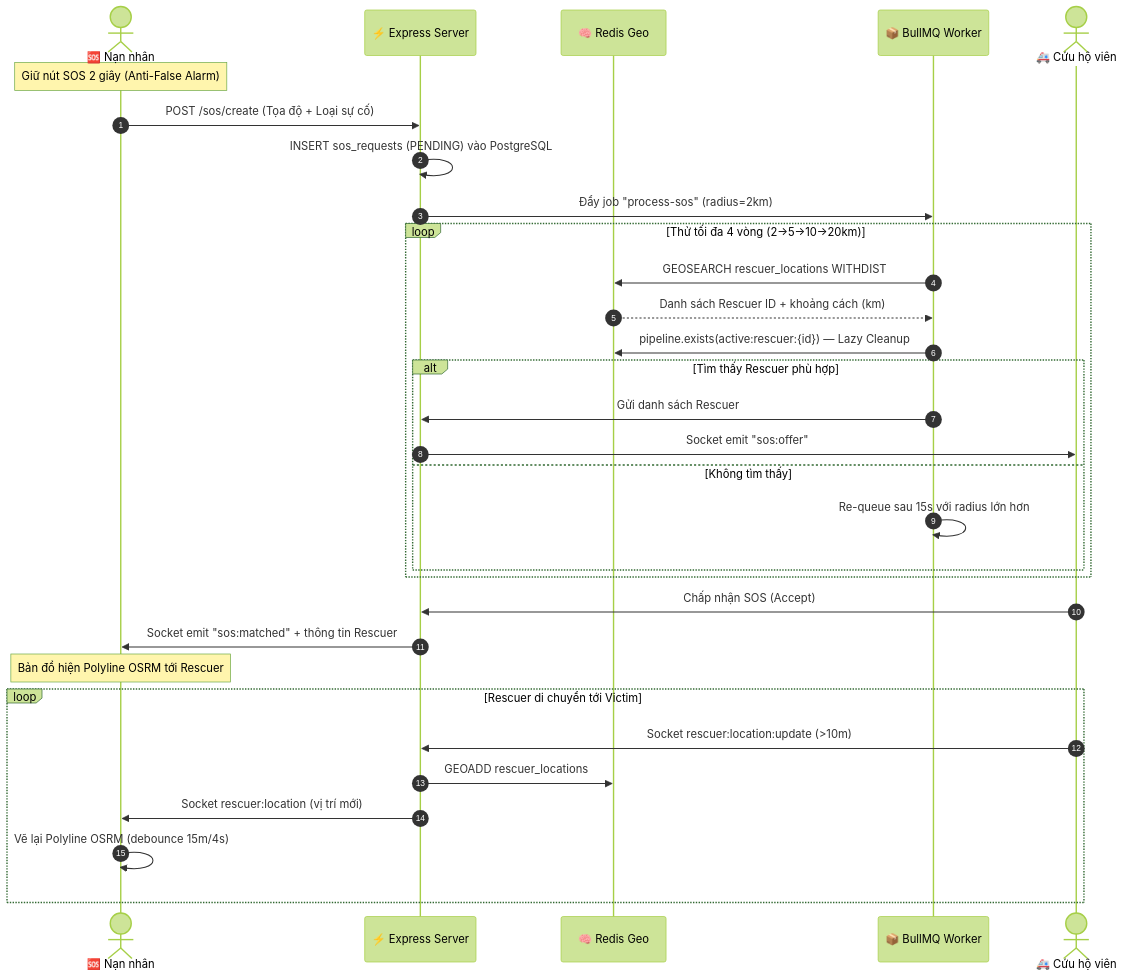
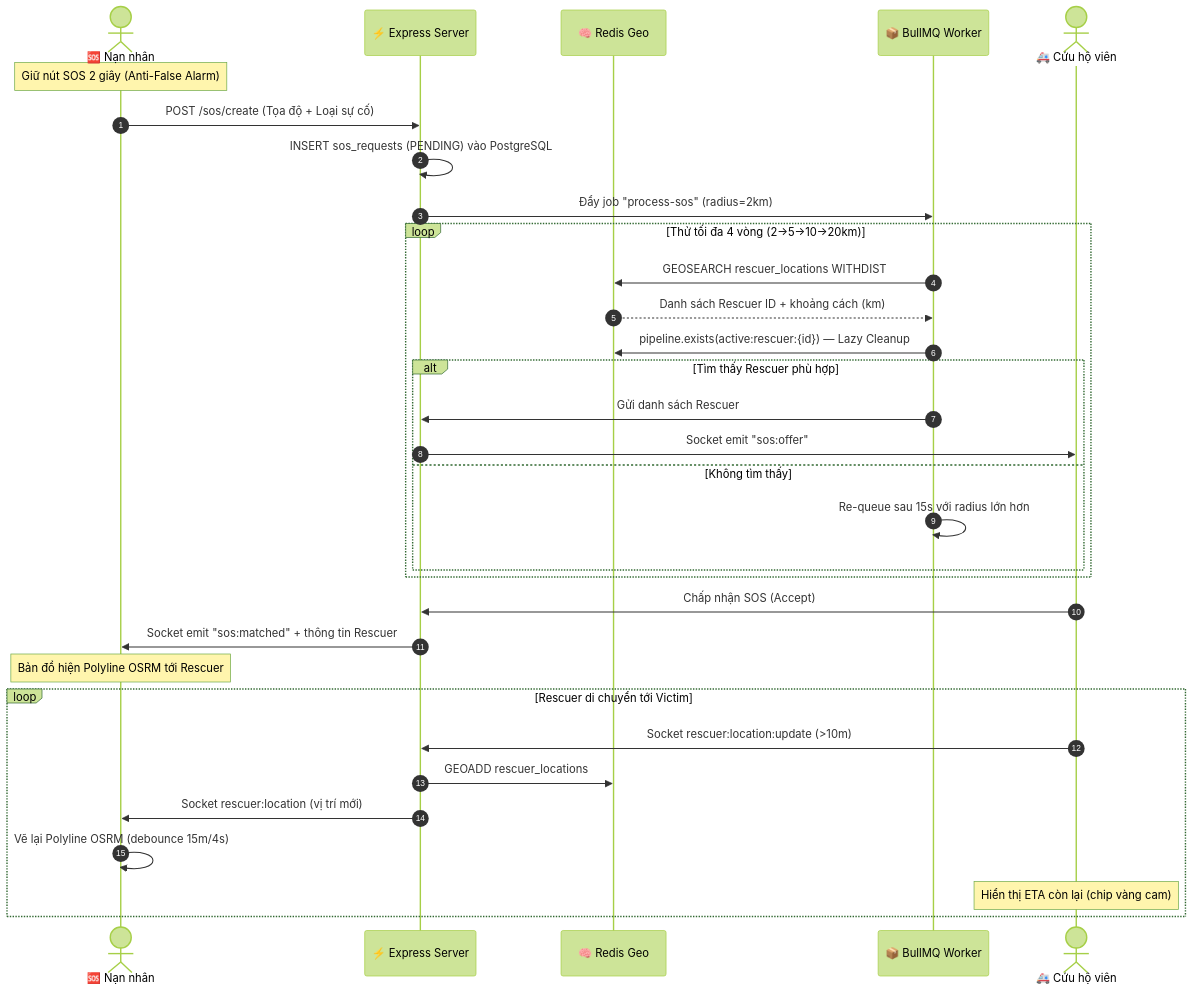
Before and after one commit to AnKhangKN/do_an_tot_nghiep: the diagram in reviews/PROJECT_REVIEW_AND_PROPOSALS.md, drawn with Mermaid (forest theme). The commit also changed other lines of this file and 35 other files, not shown here.

````diff
--- a/reviews/PROJECT_REVIEW_AND_PROPOSALS.md
+++ b/reviews/PROJECT_REVIEW_AND_PROPOSALS.md
@@ -98,37 +165,38 @@
 ```mermaid
 sequenceDiagram
     autonumber
     actor Victim as 🆘 Nạn nhân
     participant Server as ⚡ Express Server
     participant Redis as 🧠 Redis Geo
     participant Worker as 📦 BullMQ Worker
     actor Rescuer as 🚑 Cứu hộ viên
 
     Note over Victim: Giữ nút SOS 2 giây (Anti-False Alarm)
     Victim->>Server: POST /sos/create (Tọa độ + Loại sự cố)
     Server->>Server: INSERT sos_requests (PENDING) vào PostgreSQL
     Server->>Worker: Đẩy job "process-sos" (radius=2km)
 
     loop Thử tối đa 4 vòng (2→5→10→20km)
         Worker->>Redis: GEOSEARCH rescuer_locations WITHDIST
         Redis-->>Worker: Danh sách Rescuer ID + khoảng cách (km)
         Worker->>Redis: pipeline.exists(active:rescuer:{id}) — Lazy Cleanup
         alt Tìm thấy Rescuer phù hợp
             Worker->>Server: Gửi danh sách Rescuer
             Server->>Rescuer: Socket emit "sos:offer"
         else Không tìm thấy
             Worker->>Worker: Re-queue sau 15s với radius lớn hơn
         end
     end
 
     Rescuer->>Server: Chấp nhận SOS (Accept)
     Server->>Victim: Socket emit "sos:matched" + thông tin Rescuer
 
     Note over Victim: Bản đồ hiện Polyline OSRM tới Rescuer
     loop Rescuer di chuyển tới Victim
         Rescuer->>Server: Socket rescuer:location:update (>10m)
         Server->>Redis: GEOADD rescuer_locations
         Server->>Victim: Socket rescuer:location (vị trí mới)
         Victim->>Victim: Vẽ lại Polyline OSRM (debounce 15m/4s)
+        Note over Rescuer: Hiển thị ETA còn lại (chip vàng cam)
     end
 ```
````
